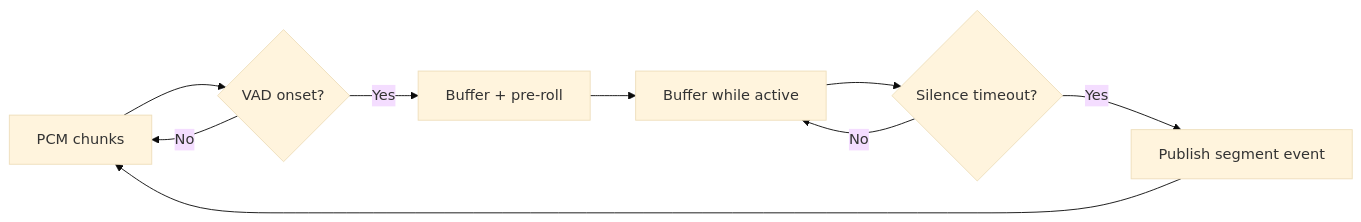
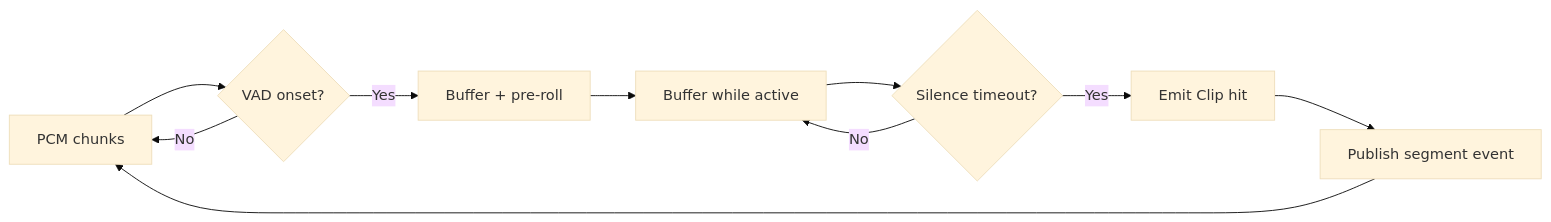
The second of 2 diagrams in docs/developer/audio_capture_and_listeners.rst (rick12000/vocalance), drawn with Mermaid (base theme) before and after one commit. The commit also changed other lines of this file and 7 other files, not shown here.

```diff
--- a/docs/developer/audio_capture_and_listeners.rst
+++ b/docs/developer/audio_capture_and_listeners.rst
@@ -30,11 +28,12 @@
 .. mermaid::
 
    flowchart LR
        A[PCM chunks] --> B{VAD onset?}
        B -->|No| A
        B -->|Yes| C[Buffer + pre-roll]
        C --> D[Buffer while active]
        D --> E{Silence timeout?}
        E -->|No| D
-       E -->|Yes| F[Publish segment event]
-       F --> A
+       E -->|Yes| F[Emit Clip hit]
+       F --> G[Publish segment event]
+       G --> A
```
